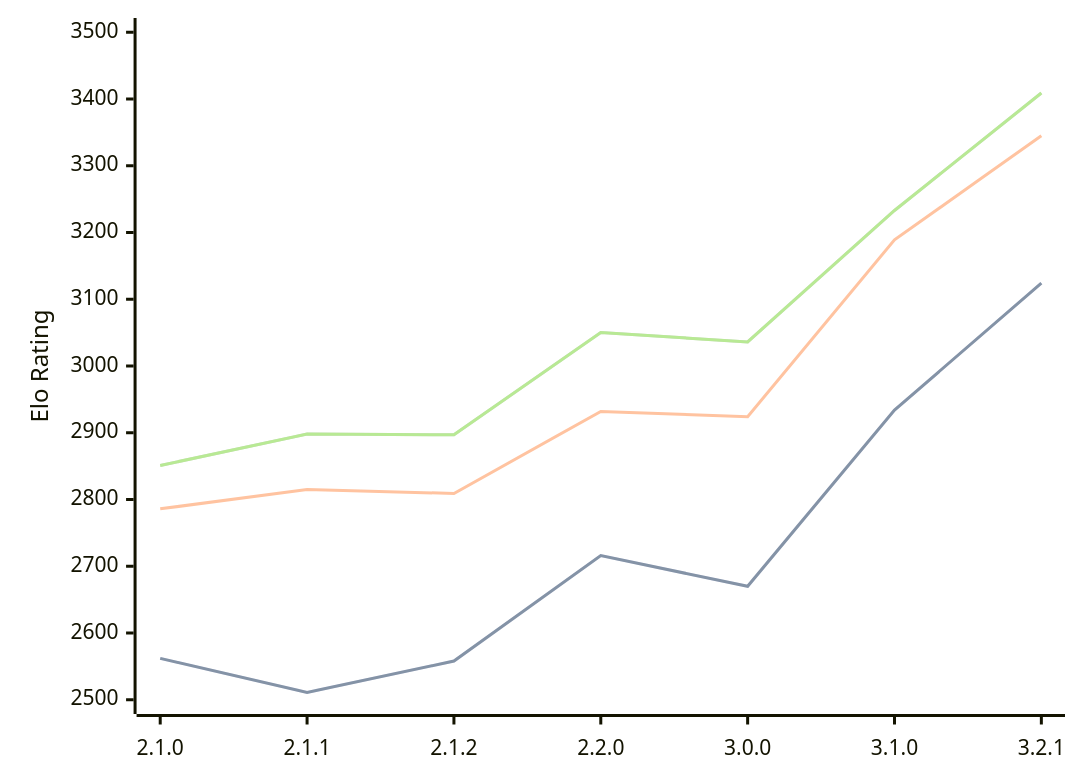
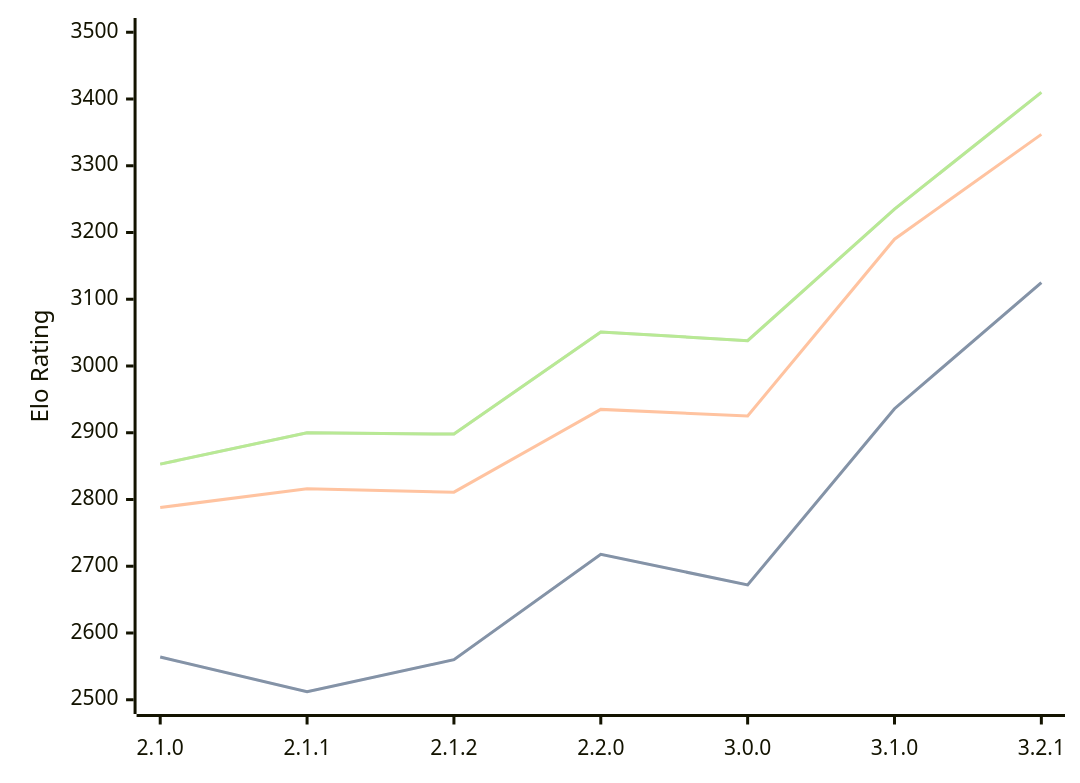
One commit to computer-chess-index/cci changed the diagram in engines/Prune.md. Above: the diagram before and after it, drawn with Mermaid. The commit also changed other lines of this file, not shown here.

Commit message:
Update CCI Ratings (ELO VLTC) - 2026-03-29

````diff
--- a/engines/Prune.md
+++ b/engines/Prune.md
@@ -42,11 +42,11 @@
 ```mermaid
 %%{init: {"theme":"base","themeVariables":{"seriesColors:['#a3a3a3','#222221','#faa371']}}}%%
 xychart-beta
   x-axis ["2.1.0", "2.1.1", "2.1.2", "2.2.0", "3.0.0", "3.1.0", "3.2.1"]
   y-axis "Elo Rating" 2500 --> 3500
-  line "STC (8.0+0.08s)" [2562, 2511, 2558, 2716, 2670, 2934, 3124]
-  line "STC (8.0+0.08s)" [2562, 2511, 2558, 2716, 2670, 2934, 3124]
-  line "LTC (60.0+0.60s)" [2786, 2815, 2809, 2932, 2924, 3189, 3345]
-  line "VLTC (2m24s+1.12s)" [2851, 2898, 2897, 3050, 3036, 3233, 3409]
-  line "VLTC (2m24s+1.12s)" [2851, 2898, 2897, 3050, 3036, 3233, 3409]
+  line "STC (8.0+0.08s)" [2564, 2512, 2560, 2718, 2672, 2936, 3125]
+  line "STC (8.0+0.08s)" [2564, 2512, 2560, 2718, 2672, 2936, 3125]
+  line "LTC (60.0+0.60s)" [2788, 2816, 2811, 2935, 2925, 3190, 3347]
+  line "VLTC (2m24s+1.12s)" [2853, 2900, 2898, 3051, 3038, 3235, 3410]
+  line "VLTC (2m24s+1.12s)" [2853, 2900, 2898, 3051, 3038, 3235, 3410]
 ```
````
